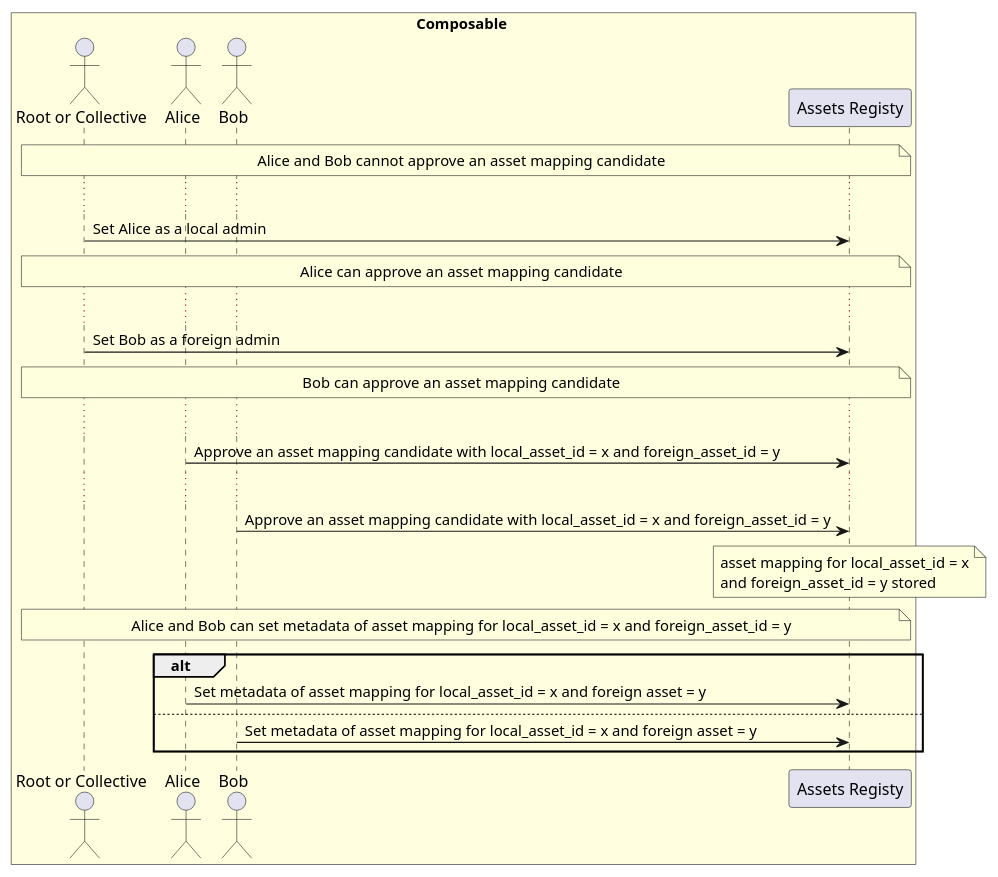
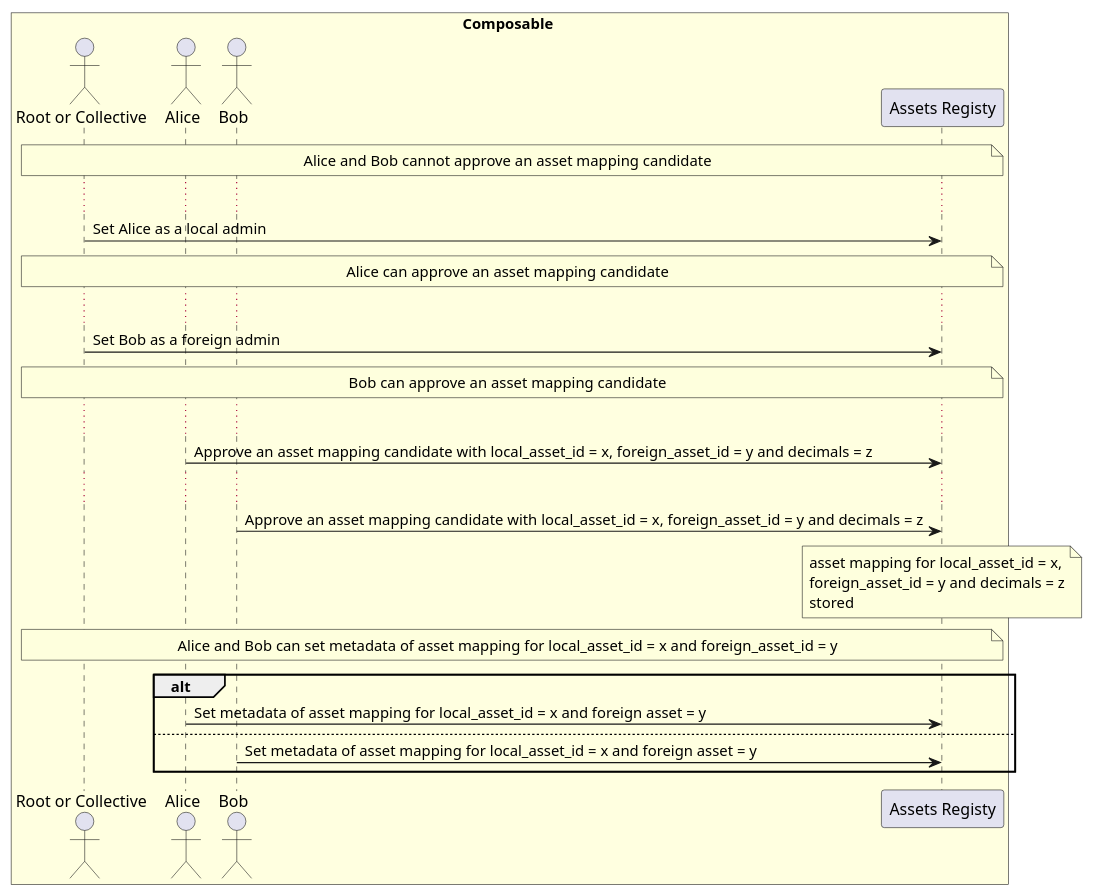
The diagram in frame/assets-registry/local-mapping.plantuml (ComposableFi/composable), drawn with PlantUML before and after one commit. The commit also changed 35 other files, not shown here.

```diff
--- a/frame/assets-registry/local-mapping.plantuml
+++ b/frame/assets-registry/local-mapping.plantuml
@@ -1,42 +1,43 @@
 @startuml
 
 box Composable #LightYellow
   actor "Root or Collective" as composable_authority
   actor "Alice" as alice
   actor "Bob" as bob
   participant "Assets Registy" as assets_registry_pallet
 end box
 
 note across: Alice and Bob cannot approve an asset mapping candidate
 
 ...
 
 composable_authority -> assets_registry_pallet: Set Alice as a local admin
 note across: Alice can approve an asset mapping candidate
 
 ...
 
 composable_authority -> assets_registry_pallet: Set Bob as a foreign admin
 note across: Bob can approve an asset mapping candidate
 
 ...
 
-alice -> assets_registry_pallet: Approve an asset mapping candidate with local_asset_id = x and foreign_asset_id = y
+alice -> assets_registry_pallet: Approve an asset mapping candidate with local_asset_id = x, foreign_asset_id = y and decimals = z
 
 ...
 
-bob -> assets_registry_pallet: Approve an asset mapping candidate with local_asset_id = x and foreign_asset_id = y
+bob -> assets_registry_pallet: Approve an asset mapping candidate with local_asset_id = x, foreign_asset_id = y and decimals = z
 note over assets_registry_pallet
-asset mapping for local_asset_id = x
-and foreign_asset_id = y stored
+asset mapping for local_asset_id = x,
+foreign_asset_id = y and decimals = z
+stored
 end note
 
 note across: Alice and Bob can set metadata of asset mapping for local_asset_id = x and foreign_asset_id = y
 
 alt
 alice -> assets_registry_pallet: Set metadata of asset mapping for local_asset_id = x and foreign asset = y
 else
 bob -> assets_registry_pallet: Set metadata of asset mapping for local_asset_id = x and foreign asset = y
 end
 
 @enduml
```
